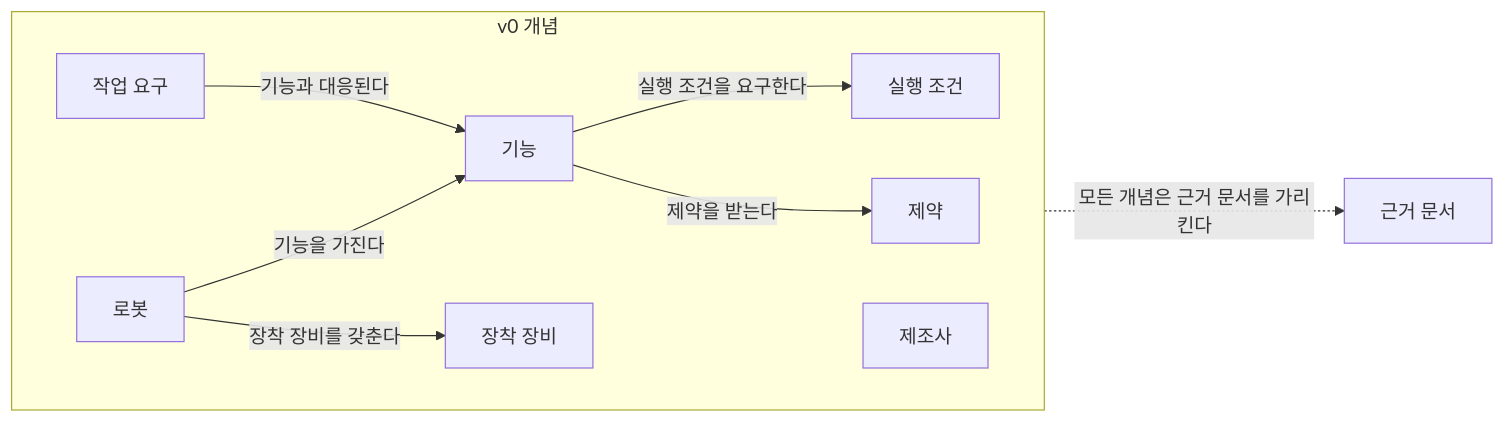
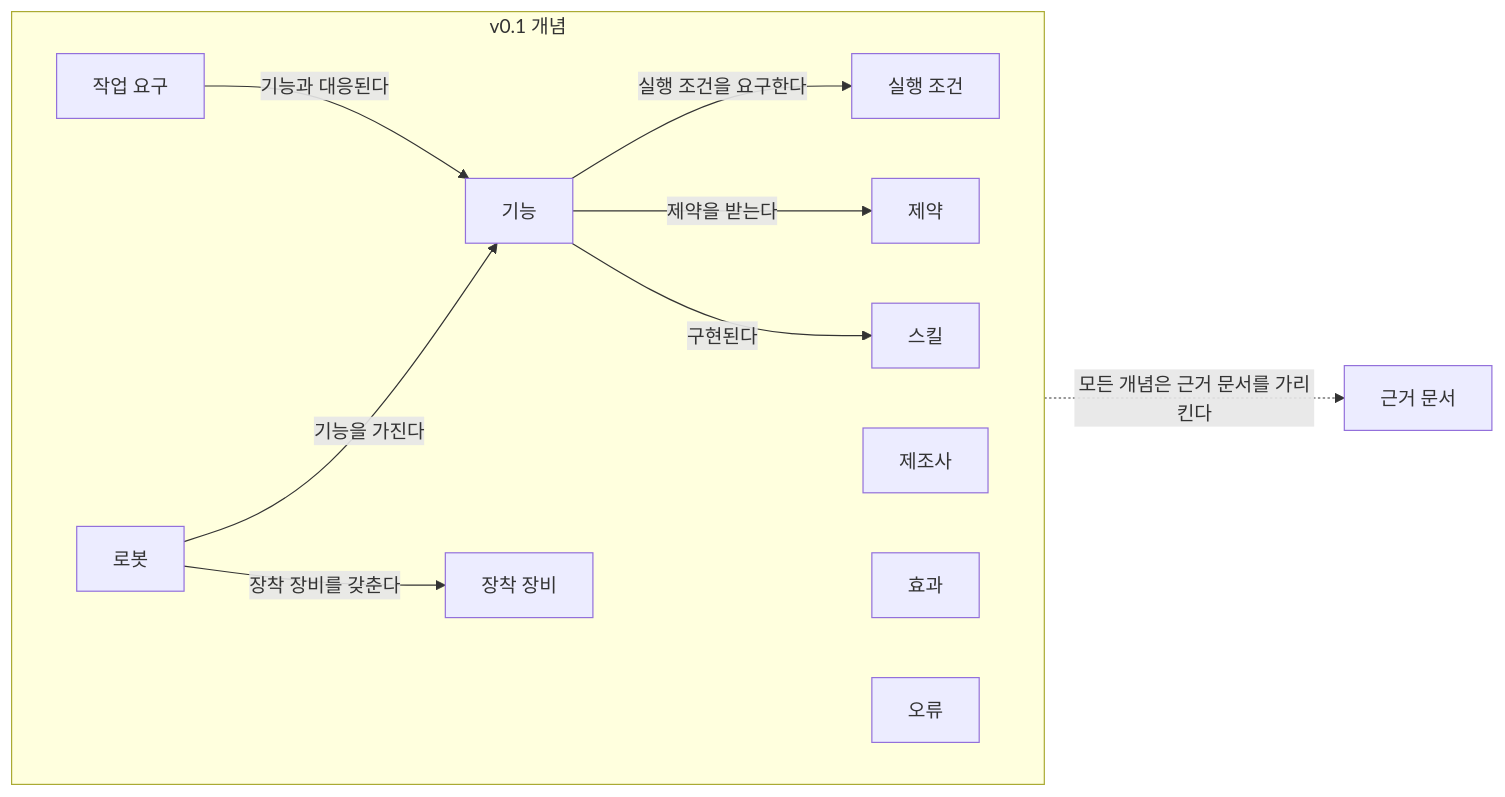
Before and after one commit to MJKIM84/ai-hub: the diagram in rop-wiki/docs/tracks/manual-capability-ontology/ontology-draft.md, drawn with Mermaid. The commit also changed other lines of this file and 50 other files, not shown here.

````diff
--- a/rop-wiki/docs/tracks/manual-capability-ontology/ontology-draft.md
+++ b/rop-wiki/docs/tracks/manual-capability-ontology/ontology-draft.md
@@ -71,20 +77,24 @@
 ```mermaid
 flowchart LR
-  subgraph concepts["v0 개념"]
+  subgraph concepts["v0.1 개념"]
     direction LR
     robot["로봇"]
     manufacturer["제조사"]
     capability["기능"]
     constraint["제약"]
     equipment["장착 장비"]
     condition["실행 조건"]
     demand["작업 요구"]
+    skill["스킬"]
+    effectNode["효과"]
+    errorNode["오류"]
     robot -->|"기능을 가진다"| capability
     robot -->|"장착 장비를 갖춘다"| equipment
     capability -->|"실행 조건을 요구한다"| condition
     capability -->|"제약을 받는다"| constraint
     demand -->|"기능과 대응된다"| capability
+    capability -->|"구현된다"| skill
   end
   evidence["근거 문서"]
   concepts -.->|"모든 개념은 근거 문서를 가리킨다"| evidence
 ```
````
